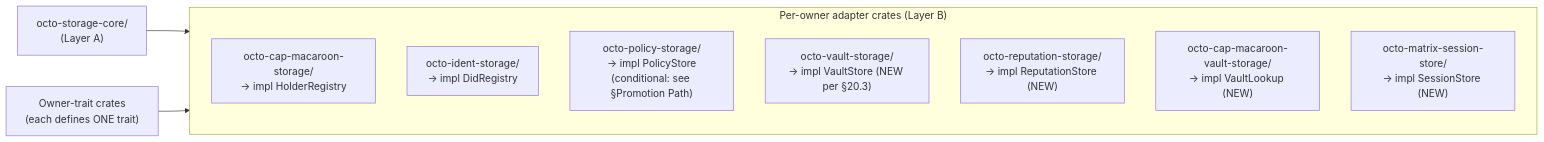
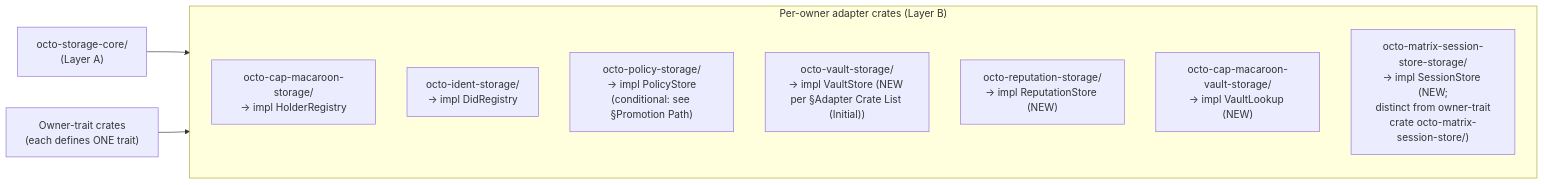
One commit to CipherOcto/cipherocto changed the second of 2 diagrams in rfcs/draft/storage/0206-octo-storage-split.md. Above: the diagram before and after it, drawn with Mermaid. The commit also changed other lines of this file and 5 other files, not shown here.

````diff
--- a/rfcs/draft/storage/0206-octo-storage-split.md
+++ b/rfcs/draft/storage/0206-octo-storage-split.md
@@ -89,14 +97,14 @@
 ```mermaid
 graph LR
     subgraph AdapterCrates["Per-owner adapter crates (Layer B)"]
         CMS["octo-cap-macaroon-storage/<br/>→ impl HolderRegistry"]
         IDS["octo-ident-storage/<br/>→ impl DidRegistry"]
         PSS["octo-policy-storage/<br/>→ impl PolicyStore<br/>(conditional: see §Promotion Path)"]
-        VSS["octo-vault-storage/<br/>→ impl VaultStore (NEW per §20.3)"]
+        VSS["octo-vault-storage/<br/>→ impl VaultStore (NEW per §Adapter Crate List (Initial))"]
         RSS["octo-reputation-storage/<br/>→ impl ReputationStore (NEW)"]
         CVS["octo-cap-macaroon-vault-storage/<br/>→ impl VaultLookup (NEW)"]
-        MSS["octo-matrix-session-store/<br/>→ impl SessionStore (NEW)"]
+        MSS["octo-matrix-session-store-storage/<br/>→ impl SessionStore (NEW;<br/>distinct from owner-trait<br/>crate octo-matrix-session-store/)"]
     end
     Core["octo-storage-core/<br/>(Layer A)"] --> AdapterCrates
     OwnerTraits["Owner-trait crates<br/>(each defines ONE trait)"] --> AdapterCrates
 ```
````
